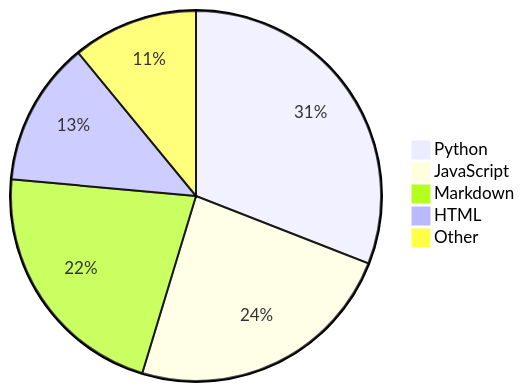
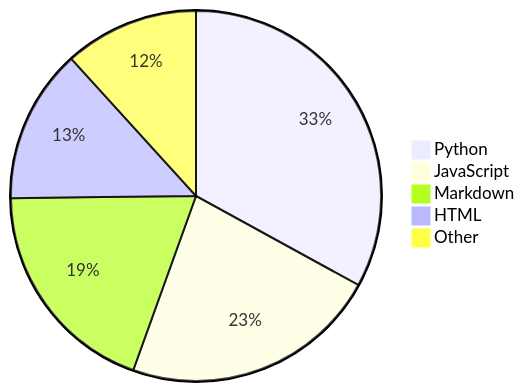
The diagram in README.md (Alicia111/alicia111), drawn with Mermaid before and after one commit.

Commit message:
Update WakaTime stats (・ω・)b

````diff
--- a/README.md
+++ b/README.md
@@ -32,8 +32,8 @@
 ```mermaid
 pie
-    "Python" : 24.12
-    "JavaScript" : 18.52
-    "Markdown" : 16.96
-    "HTML" : 9.83
-    "Other" : 8.54
+    "Python" : 24.27
+    "JavaScript" : 16.57
+    "Markdown" : 14.21
+    "HTML" : 9.89
+    "Other" : 8.64
 ```
````
